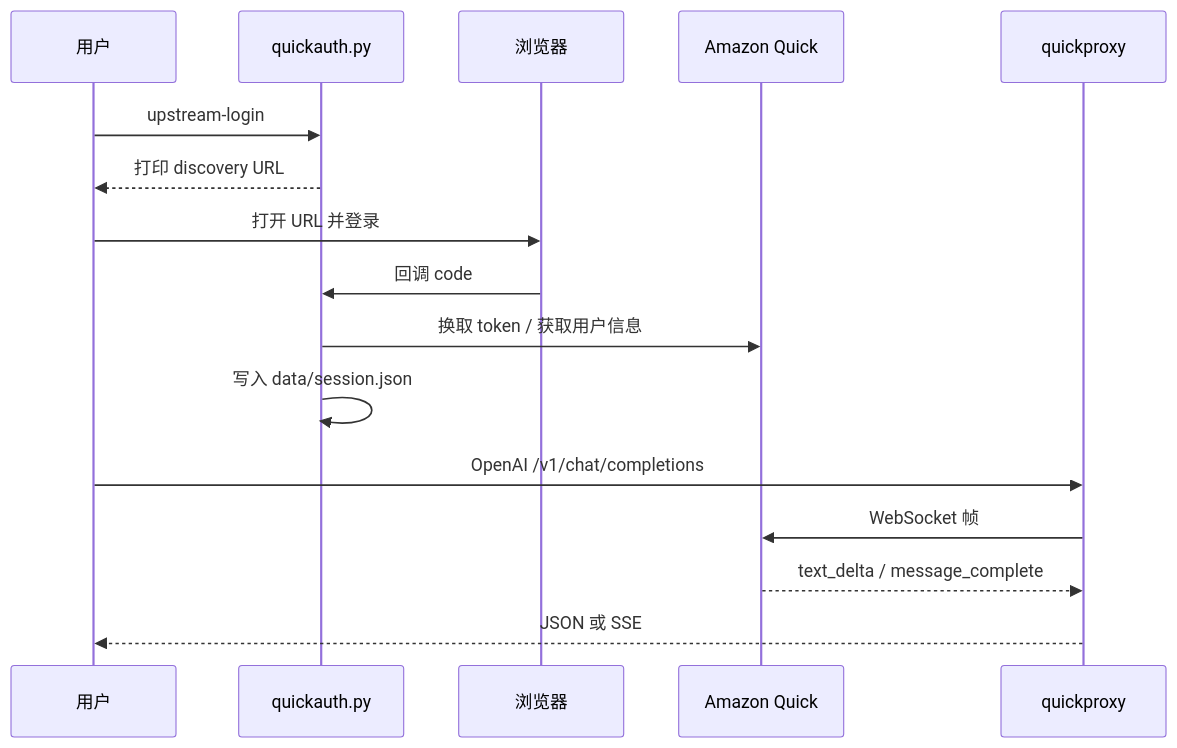
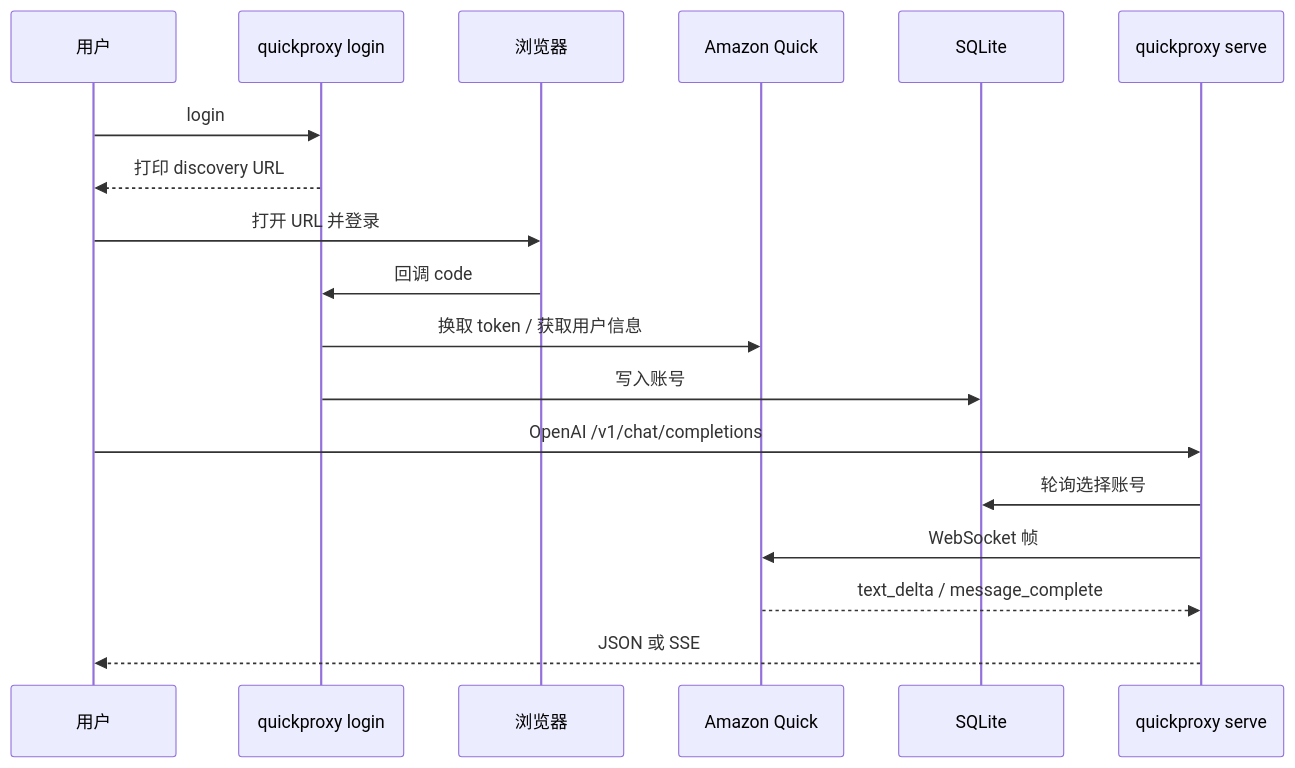
Before and after one commit to Elm-Forest/aws-quickwork-2api: the diagram in README.md, drawn with Mermaid. The commit also changed other lines of this file and 21 other files, not shown here.

````diff
--- a/README.md
+++ b/README.md
@@ -185,19 +212,21 @@
 ```mermaid
 sequenceDiagram
     participant U as 用户
-    participant CLI as quickauth.py
+    participant CLI as quickproxy login
     participant B as 浏览器
     participant Q as Amazon Quick
-    participant P as quickproxy
+    participant DB as SQLite
+    participant P as quickproxy serve
 
-    U->>CLI: upstream-login
+    U->>CLI: login
     CLI-->>U: 打印 discovery URL
     U->>B: 打开 URL 并登录
     B->>CLI: 回调 code
     CLI->>Q: 换取 token / 获取用户信息
-    CLI->>CLI: 写入 data/session.json
+    CLI->>DB: 写入账号
     U->>P: OpenAI /v1/chat/completions
+    P->>DB: 轮询选择账号
     P->>Q: WebSocket 帧
     Q-->>P: text_delta / message_complete
     P-->>U: JSON 或 SSE
 ```
````
